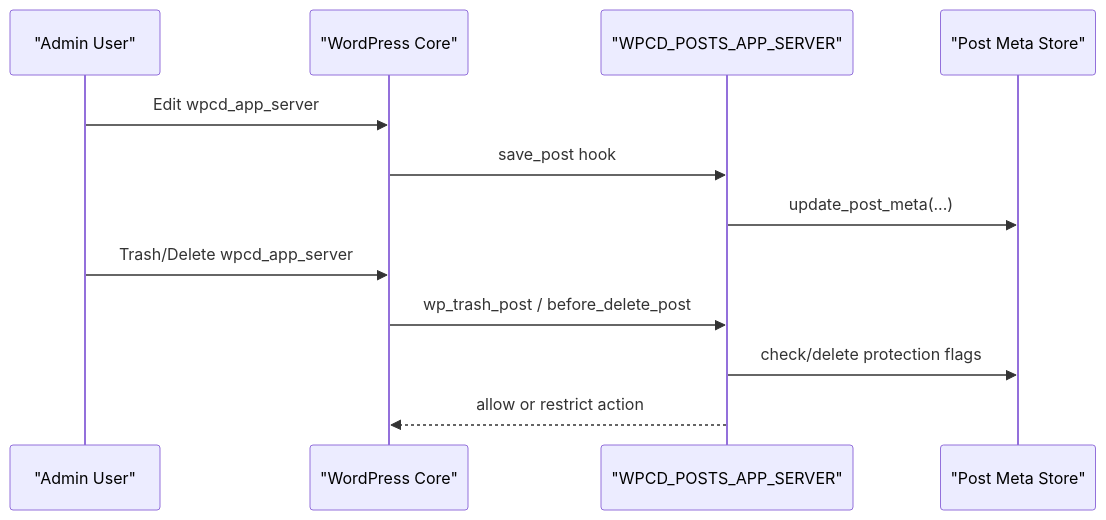
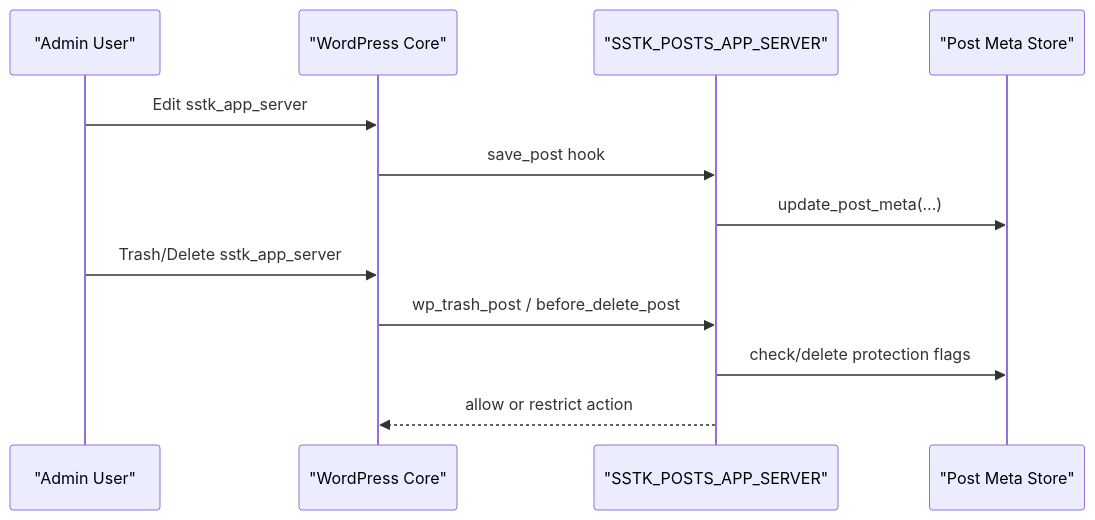
Before and after one commit to onedogsolutions/simple-stack: the fourth of 8 diagrams in .qoder/repowiki/en/content/Data Management/Custom Post Types.md, drawn with Mermaid. The commit also changed other lines of this file and 5941 other files, not shown here.

````diff
--- a/.qoder/repowiki/en/content/Data Management/Custom Post Types.md
+++ b/.qoder/repowiki/en/content/Data Management/Custom Post Types.md
@@ -219,14 +219,14 @@
 ```mermaid
 sequenceDiagram
 participant Admin as "Admin User"
 participant WP as "WordPress Core"
-participant ServerCPT as "WPCD_POSTS_APP_SERVER"
+participant ServerCPT as "SSTK_POSTS_APP_SERVER"
 participant Meta as "Post Meta Store"
-Admin->>WP : Edit wpcd_app_server
+Admin->>WP : Edit sstk_app_server
 WP->>ServerCPT : save_post hook
 ServerCPT->>Meta : update_post_meta(...)
-Admin->>WP : Trash/Delete wpcd_app_server
+Admin->>WP : Trash/Delete sstk_app_server
 WP->>ServerCPT : wp_trash_post / before_delete_post
 ServerCPT->>Meta : check/delete protection flags
 ServerCPT-->>WP : allow or restrict action
 ```
````
